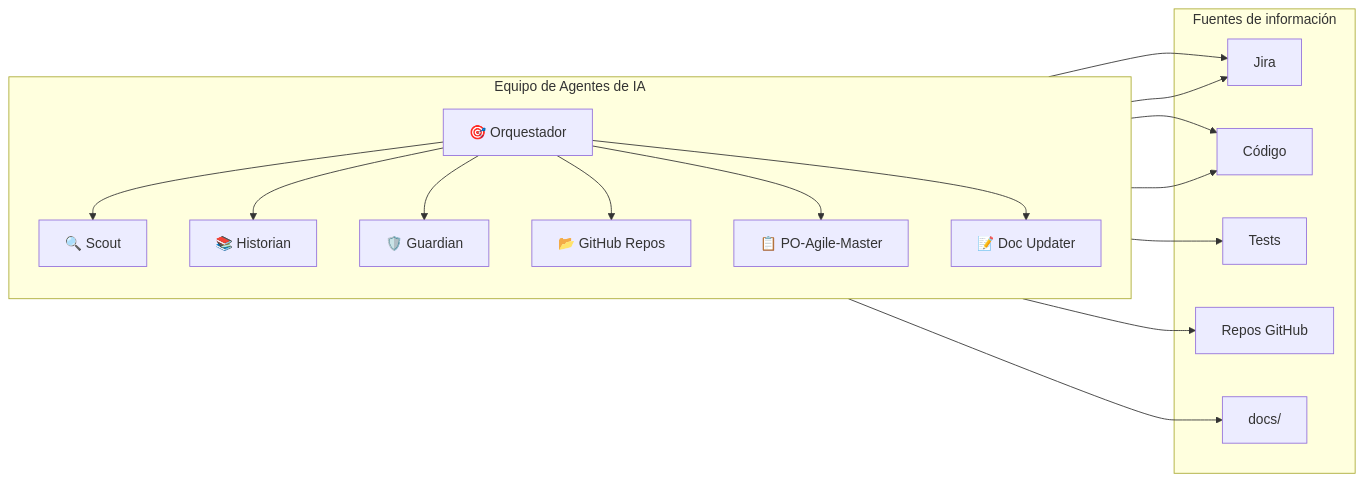
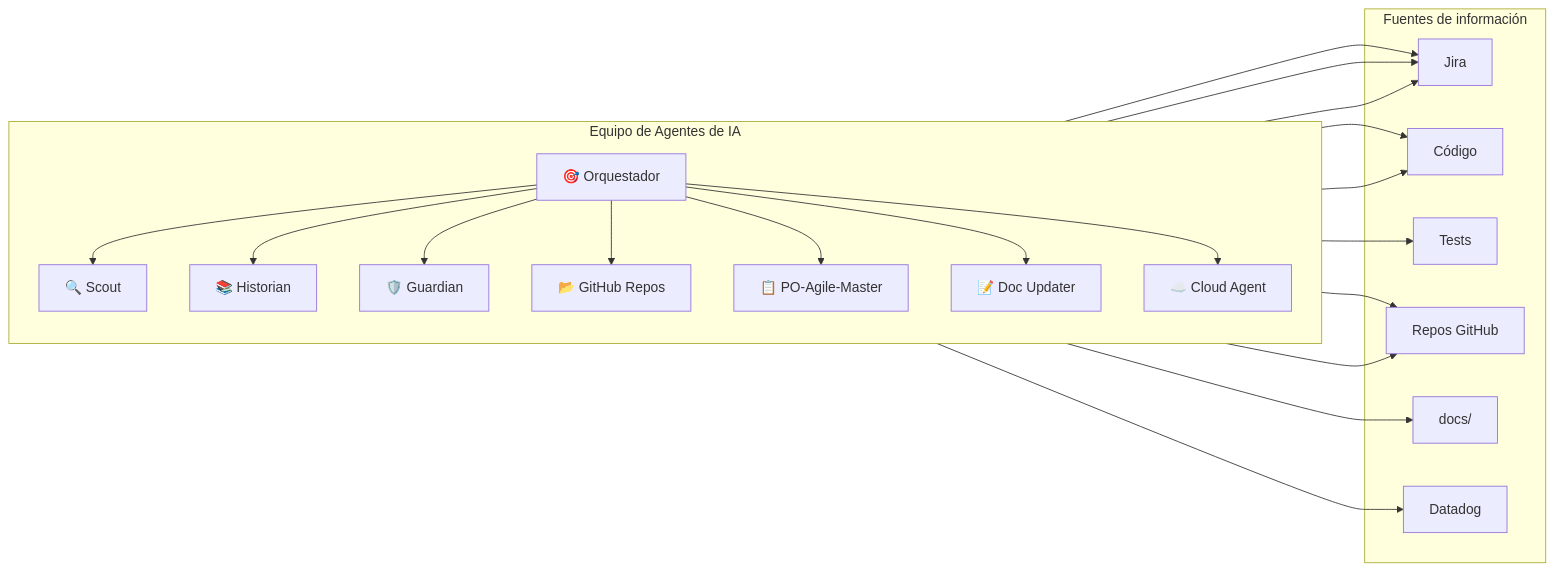
One commit to CARLOSPATINOVELEZ19/prueba-agente-po changed the first of 2 diagrams in docs/architecture/5-agents-functional-architecture.md. Above: the diagram before and after it, drawn with Mermaid. The commit also changed other lines of this file and 52 other files, not shown here.

````diff
--- a/docs/architecture/5-agents-functional-architecture.md
+++ b/docs/architecture/5-agents-functional-architecture.md
@@ -17,29 +17,34 @@
 ```mermaid
 flowchart LR
     subgraph equipo ["Equipo de Agentes de IA"]
         direction TB
         O[🎯 Orquestador]
         O --> S[🔍 Scout]
         O --> H[📚 Historian]
         O --> G[🛡️ Guardian]
         O --> R[📂 GitHub Repos]
         O --> P[📋 PO-Agile-Master]
         O --> D[📝 Doc Updater]
+        O --> CA[☁️ Cloud Agent]
     end
 
     subgraph fuentes ["Fuentes de información"]
         J[Jira]
         C[Código]
         T[Tests]
         GH[Repos GitHub]
         DOC[docs/]
+        DD[Datadog]
     end
 
     S --> J
     H --> C
     G --> T
     R --> GH
     P --> J
     D --> C
     D --> DOC
+    CA --> J
+    CA --> DD
+    CA --> GH
 ```
````
